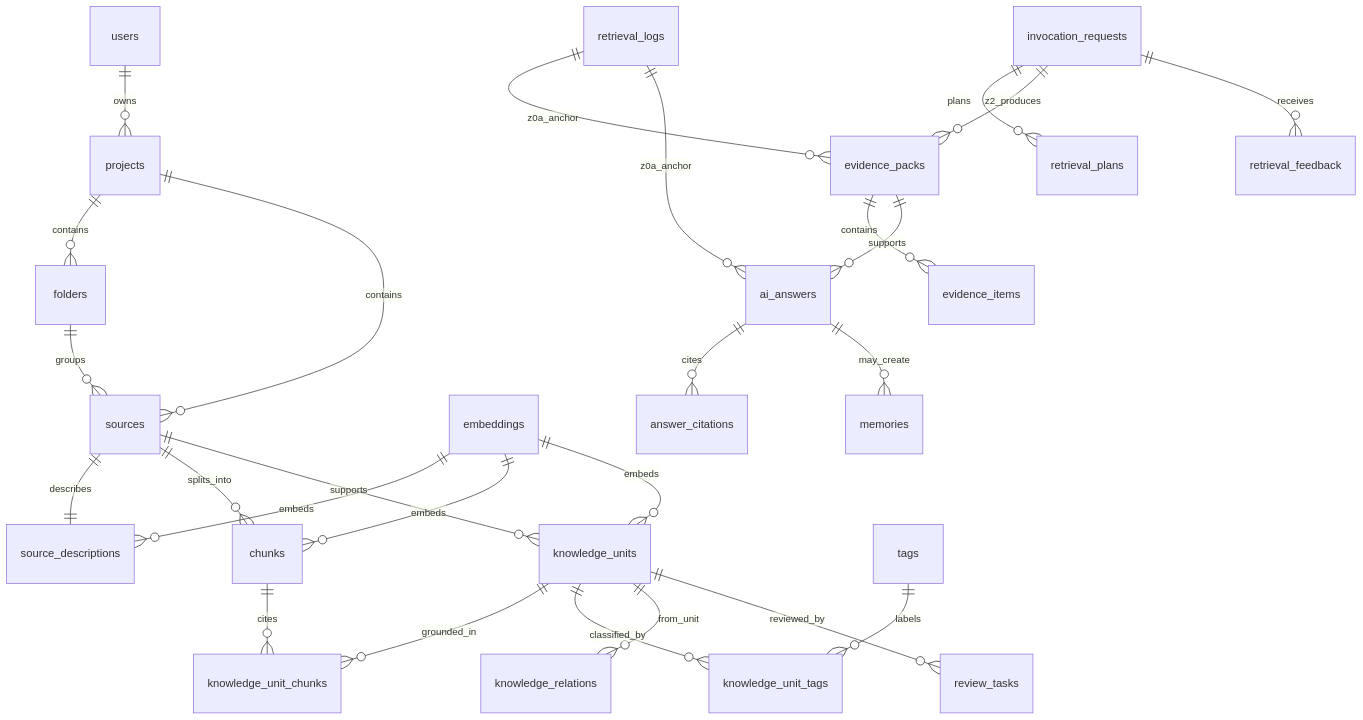
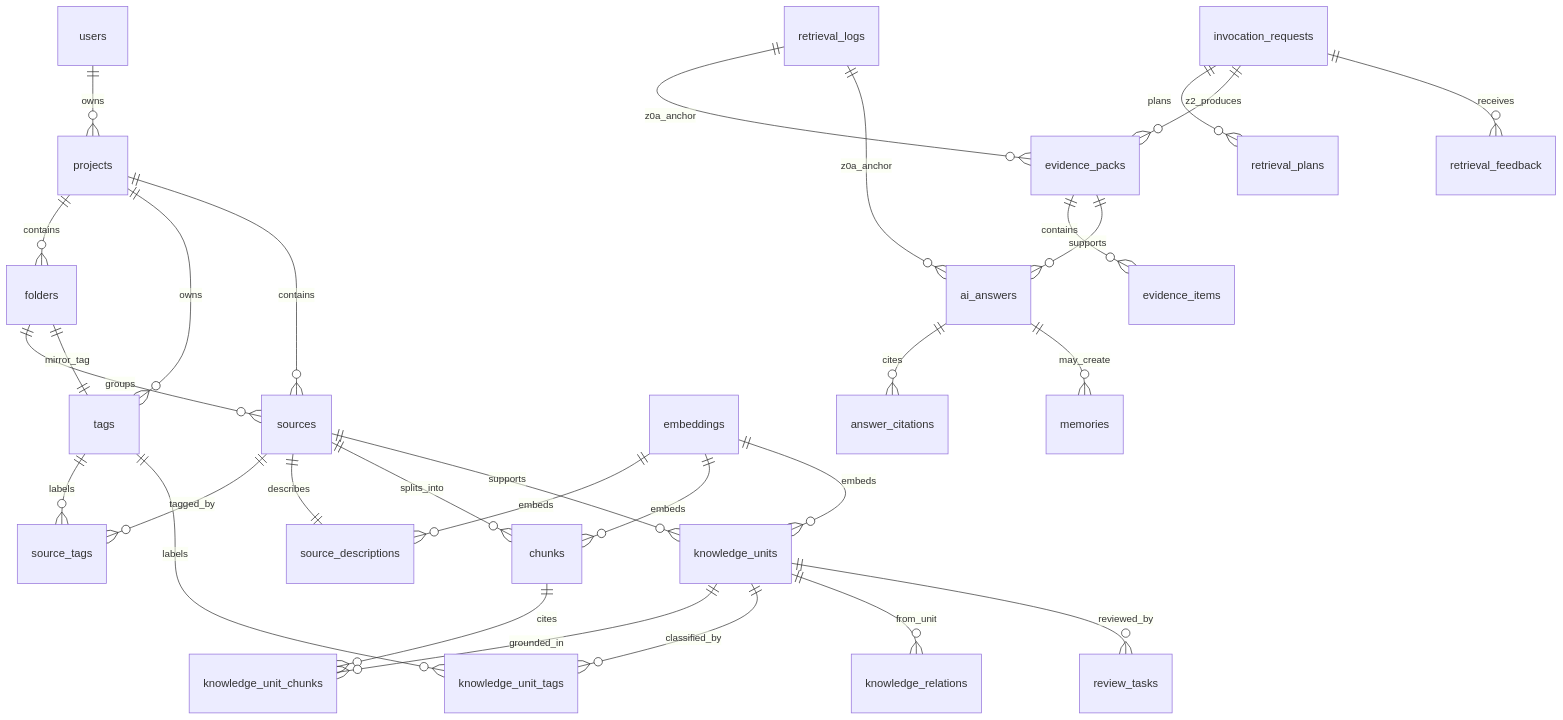
One commit to liyxx821-afk/AI-Database-Product changed the diagram in docs/data-model.md. Above: the diagram before and after it, drawn with Mermaid. The commit also changed other lines of this file and 35 other files, not shown here.

````diff
--- a/docs/data-model.md
+++ b/docs/data-model.md
@@ -553,28 +554,32 @@
 ```mermaid
 erDiagram
   users ||--o{ projects : owns
   projects ||--o{ folders : contains
+  projects ||--o{ tags : owns
   projects ||--o{ sources : contains
   folders ||--o{ sources : groups
+  folders ||--|| tags : mirror_tag
+  sources ||--o{ source_tags : tagged_by
+  tags ||--o{ source_tags : labels
   sources ||--|| source_descriptions : describes
   sources ||--o{ chunks : splits_into
   sources ||--o{ knowledge_units : supports
   chunks ||--o{ knowledge_unit_chunks : cites
   knowledge_units ||--o{ knowledge_unit_chunks : grounded_in
   knowledge_units ||--o{ knowledge_unit_tags : classified_by
   tags ||--o{ knowledge_unit_tags : labels
   knowledge_units ||--o{ knowledge_relations : from_unit
   knowledge_units ||--o{ review_tasks : reviewed_by
   embeddings ||--o{ source_descriptions : embeds
   embeddings ||--o{ chunks : embeds
   embeddings ||--o{ knowledge_units : embeds
   retrieval_logs ||--o{ evidence_packs : z0a_anchor
   retrieval_logs ||--o{ ai_answers : z0a_anchor
   invocation_requests ||--o{ retrieval_plans : plans
   invocation_requests ||--o{ evidence_packs : z2_produces
   evidence_packs ||--o{ evidence_items : contains
   evidence_packs ||--o{ ai_answers : supports
   ai_answers ||--o{ answer_citations : cites
   ai_answers ||--o{ memories : may_create
   invocation_requests ||--o{ retrieval_feedback : receives
 ```
````
